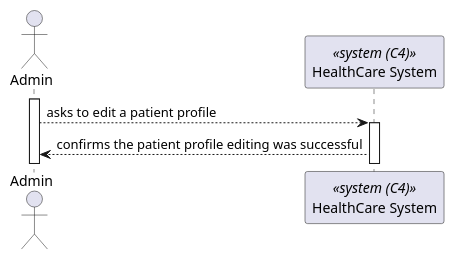
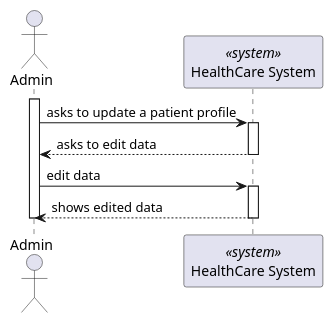
One commit to Lapr5G21/sem5pi-24-25-3ddg21 changed the diagram in docs/sprintB/PatientProfileUpdate/views/level1/process-view.puml. Above: the diagram before and after it, drawn with PlantUML. The commit also changed 10 other files, not shown here.

Commit message:
patient profile edit - sprint b docs

```diff
--- a/docs/sprintB/PatientProfileUpdate/views/level1/process-view.puml
+++ b/docs/sprintB/PatientProfileUpdate/views/level1/process-view.puml
@@ -1,13 +1,23 @@
 @startuml PatientProfileUpdate(level1)
 
 actor Admin as "Admin"
-participant SYS as "HealthCare System" <<system (C4)>>
+participant SYS as "HealthCare System" <<system>>
 
-activate Admin 
+activate Admin
 
-Admin --> SYS : asks to edit a patient profile 
-activate SYS 
+    Admin -> SYS : asks to update a patient profile
+    activate SYS
 
-SYS --> Admin : confirms the patient profile editing was successful
+        SYS --> Admin : asks to edit data
+        deactivate SYS
+
+    Admin -> SYS : edit data
+    activate SYS 
+
+        SYS --> Admin: shows edited data    
+    deactivate SYS
+
+deactivate Admin
+
 
 @enduml
```
